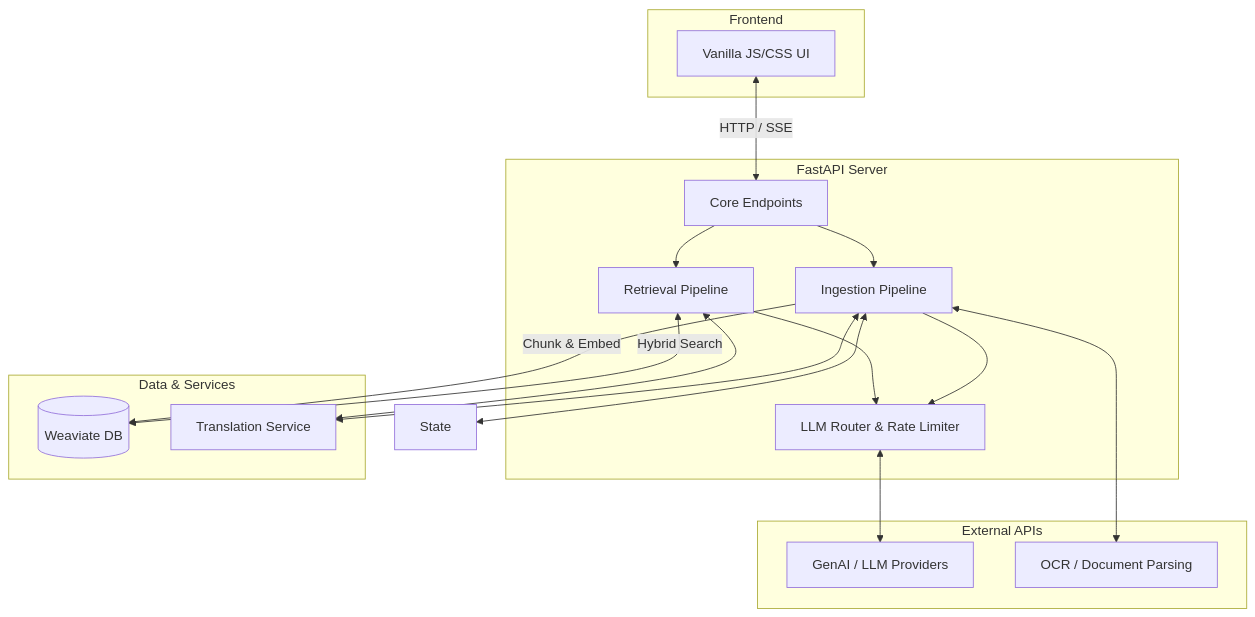
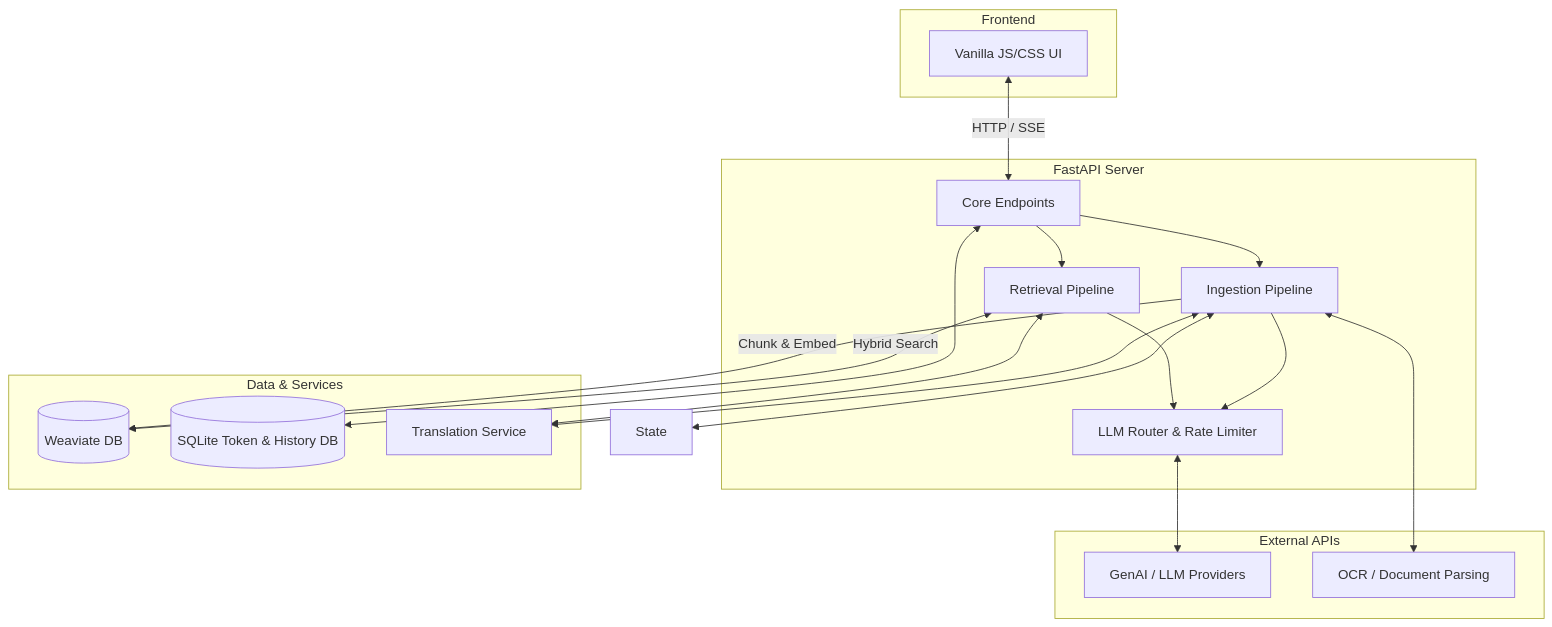
The second of 2 diagrams in README.md (pushkqr/gov-assist-rag), drawn with Mermaid before and after one commit. The commit also changed other lines of this file, not shown here.

Commit message:
docs: update architecture diagram and directory tree to include SQLite and new UI endpoints

````diff
--- a/README.md
+++ b/README.md
@@ -61,36 +61,38 @@
 ```mermaid
 graph TD
     subgraph Frontend
         UI[Vanilla JS/CSS UI]
     end
 
     subgraph Backend [FastAPI Server]
         API[Core Endpoints]
         Router[LLM Router & Rate Limiter]
         Ingest[Ingestion Pipeline]
         Ret[Retrieval Pipeline]
     end
 
     subgraph Data & Services
         Weaviate[(Weaviate DB)]
+        SQLite[(SQLite Token & History DB)]
         Translation[Translation Service]
     end
 
     subgraph External APIs
         LLM[GenAI / LLM Providers]
         DocAI[OCR / Document Parsing]
     end
 
     UI <-->|HTTP / SSE| API
     API --> Ret
     API --> Ingest
+    API <--> SQLite
     Ret --> Router
     Ingest --> Router
     Router <--> LLM
     Ingest <--> DocAI
     Ingest -->|Chunk & Embed| Weaviate
     Ret <-->|Hybrid Search| Weaviate
     Ingest <--> State
     Ret <--> Translation
     Ingest <--> Translation
 ```
````
